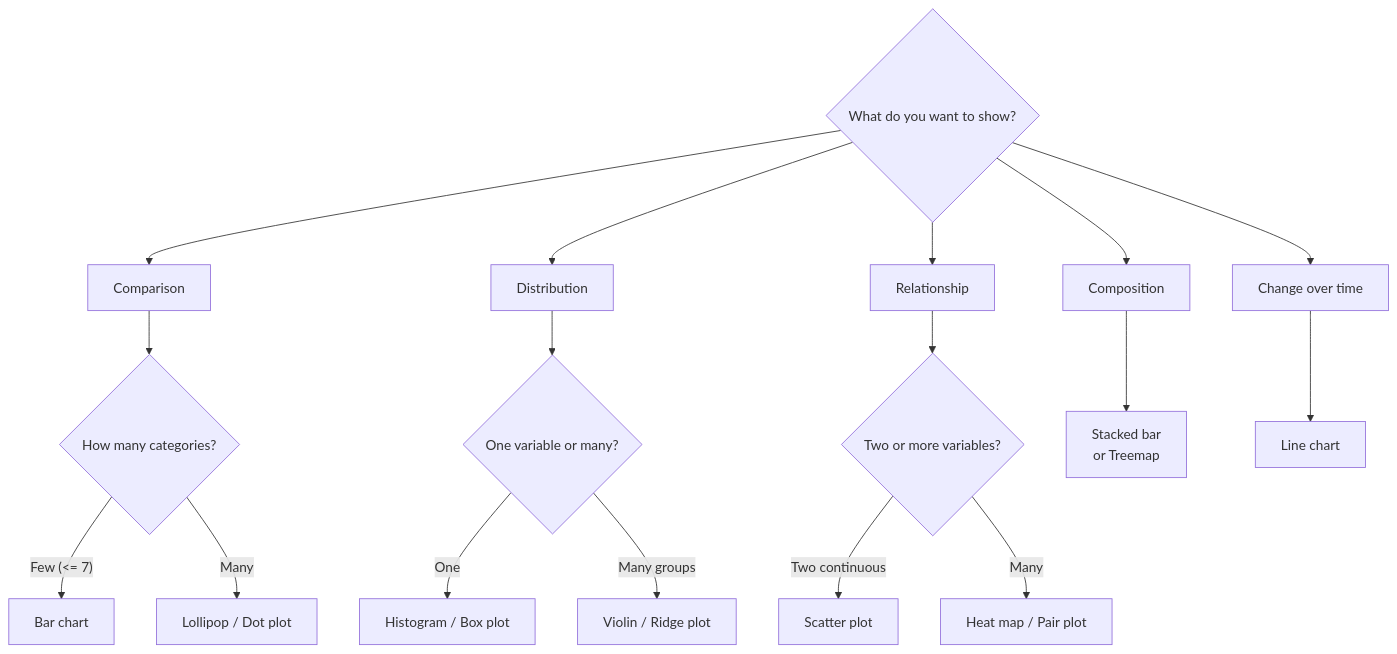
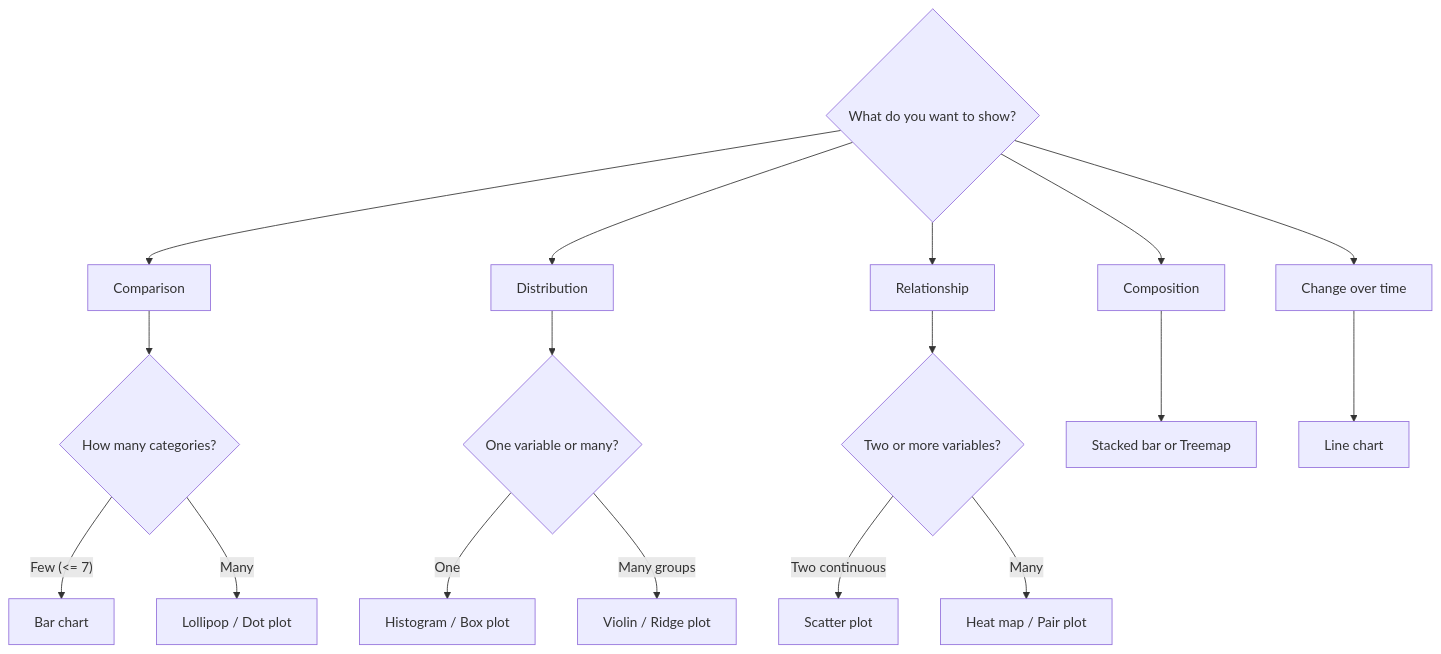
One commit to codebyshennan/dsai changed the diagram in docs/3-data-visualization/3.1-intro-data-viz/diagrams/visualization-principles-2.mmd. Above: the diagram before and after it, drawn with Mermaid. The commit also changed 219 other files, not shown here.

First line of the commit message:
feat: migrate all inline mermaid diagrams to external .mmd files (modules 1-5)

```diff
--- a/docs/3-data-visualization/3.1-intro-data-viz/diagrams/visualization-principles-2.mmd
+++ b/docs/3-data-visualization/3.1-intro-data-viz/diagrams/visualization-principles-2.mmd
@@ -1,21 +1,21 @@
 flowchart TD
     Q1{"What do you want to show?"} --> CMP[Comparison]
     Q1 --> DST[Distribution]
     Q1 --> REL[Relationship]
     Q1 --> COM[Composition]
     Q1 --> CHG[Change over time]
 
     CMP --> CMP2{"How many categories?"}
     CMP2 -->|"Few (<= 7)"| BAR[Bar chart]
     CMP2 -->|Many| LOL[Lollipop / Dot plot]
 
     DST --> DST2{"One variable or many?"}
     DST2 -->|One| HIST[Histogram / Box plot]
     DST2 -->|Many groups| VIO[Violin / Ridge plot]
 
     REL --> REL2{"Two or more variables?"}
     REL2 -->|Two continuous| SCA[Scatter plot]
     REL2 -->|Many| HEAT[Heat map / Pair plot]
 
-    COM --> PIE[Stacked bar\nor Treemap]
+    COM --> PIE[Stacked bar or Treemap]
     CHG --> LINE[Line chart]
```
